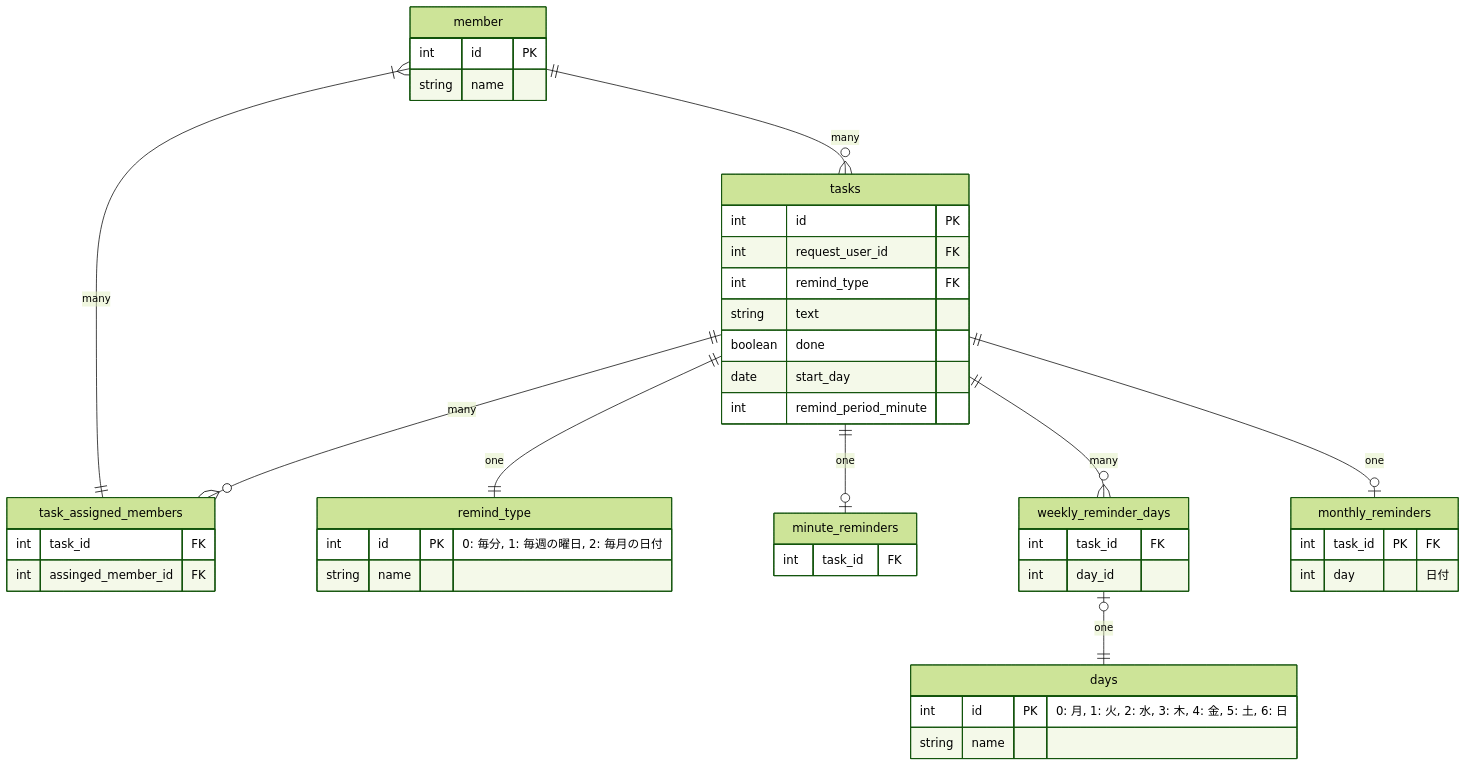
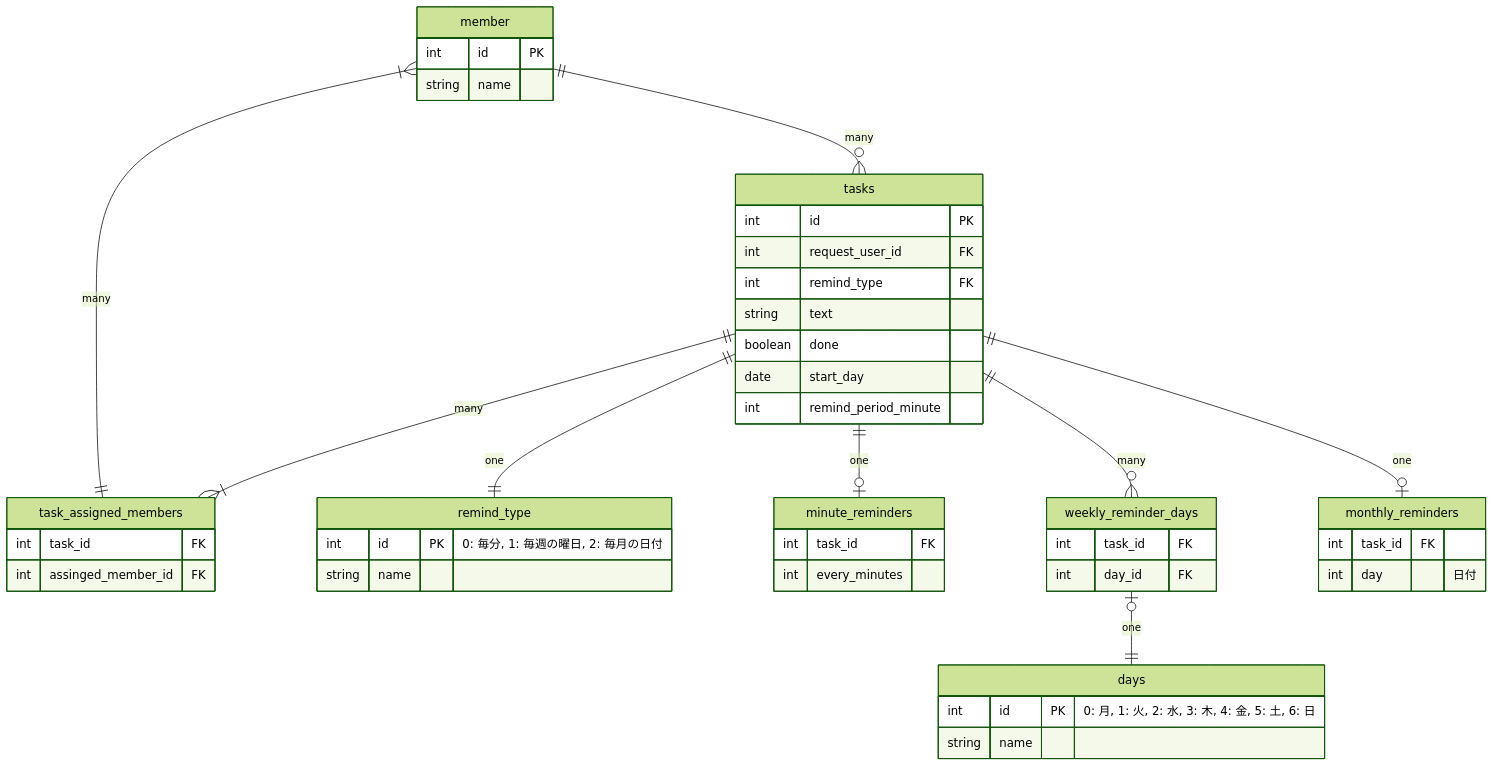
One commit to HitoroOhria/praha-challenge changed the diagram in db/db-modeling-4/README.md. Above: the diagram before and after it, drawn with Mermaid (forest theme).

````diff
--- a/db/db-modeling-4/README.md
+++ b/db/db-modeling-4/README.md
@@ -13,55 +13,56 @@
 ```mermaid
 erDiagram
 
 member ||--o{ tasks : "many"
 member }|--|| task_assigned_members : "many"
 member {
   int id PK
   string name
 }
 
-tasks ||--o{ task_assigned_members : "many"
+tasks ||--|{ task_assigned_members : "many"
 tasks ||--|| remind_type : "one"
 tasks ||--o| minute_reminders : "one"
 tasks ||--o{ weekly_reminder_days : "many"
 tasks ||--o| monthly_reminders : "one"
 tasks {
   int id PK
   int request_user_id FK
   int remind_type FK
   string text
   boolean done
   date start_day
   int remind_period_minute
 }
 
 task_assigned_members {
   int task_id FK
   int assinged_member_id FK 
 }
 
 remind_type {
   int id PK "0: 毎分, 1: 毎週の曜日, 2: 毎月の日付"
   string name
 }
 
 minute_reminders {
   int task_id FK
+  int every_minutes
 }
 
 weekly_reminder_days |o--|| days : "one"
 weekly_reminder_days {
   int task_id FK
-  int day_id 
+  int day_id FK
 }
 
 monthly_reminders {
-  int task_id PK "FK"
+  int task_id FK
   int day "日付"
 }
 
 days {
   int id PK "0: 月, 1: 火, 2: 水, 3: 木, 4: 金, 5: 土, 6: 日"
   string name
 }
 ```
````
